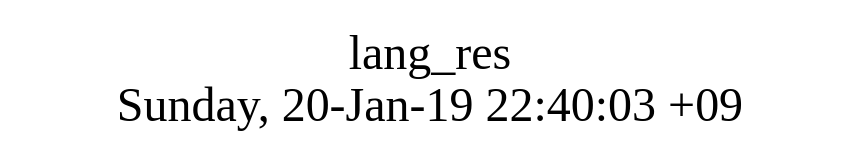
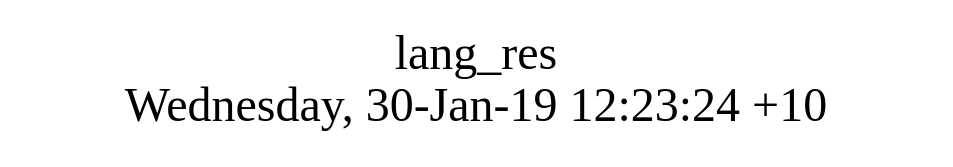
One commit to AplaProject/apps changed the diagram in src/lang_res/struct.dot. Above: the diagram before and after it, drawn with Graphviz. The commit also changed 13 other files, not shown here.

```diff
--- a/src/lang_res/struct.dot
+++ b/src/lang_res/struct.dot
@@ -1,8 +1,8 @@
 digraph G {
 fontsize="24";
-label="lang_res\nSunday, 20-Jan-19 22:40:03 +09";
+label="lang_res\nWednesday, 30-Jan-19 12:23:24 +10";
 nojustify=true;
 ordering=out;
 rankdir=LR;
 size="30";
 }
```
